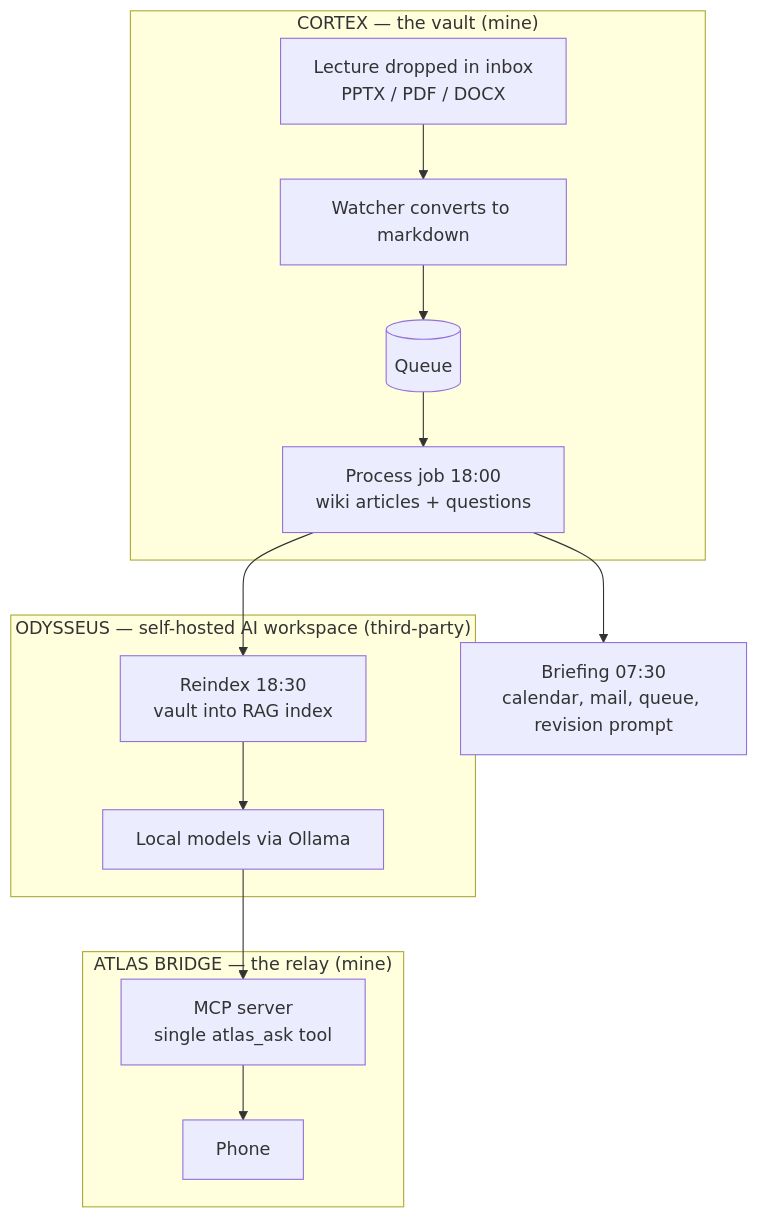
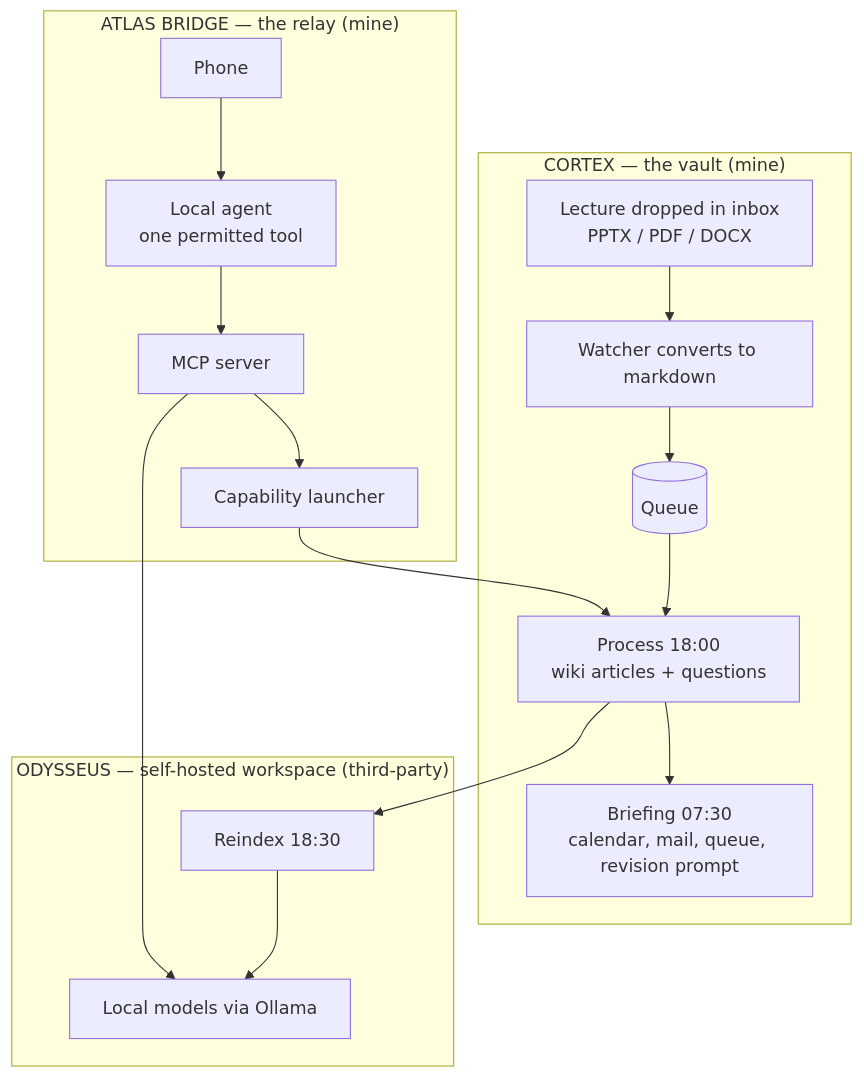
One commit to lwilde2004-dot/project-atlas changed the diagram in README.md. Above: the diagram before and after it, drawn with Mermaid. The commit also changed other lines of this file and 16 other files, not shown here.

Commit message:
Add Atlas Bridge source, tests and agent policy; expand architecture write-up

````diff
--- a/README.md
+++ b/README.md
@@ -15,17 +19,19 @@
 ```mermaid
 flowchart TB
     subgraph C["CORTEX — the vault (mine)"]
         A[Lecture dropped in inbox<br/>PPTX / PDF / DOCX] --> B[Watcher converts to markdown]
         B --> Q[(Queue)]
-        Q --> P[Process job 18:00<br/>wiki articles + questions]
+        Q --> P[Process 18:00<br/>wiki articles + questions]
+        P --> BRF[Briefing 07:30<br/>calendar, mail, queue, revision prompt]
     end
-    subgraph O["ODYSSEUS — self-hosted AI workspace (third-party)"]
-        P --> R[Reindex 18:30<br/>vault into RAG index]
+    subgraph O["ODYSSEUS — self-hosted workspace (third-party)"]
+        P --> R[Reindex 18:30]
         R --> LM[Local models via Ollama]
     end
     subgraph BR["ATLAS BRIDGE — the relay (mine)"]
-        LM --> MCP[MCP server<br/>single atlas_ask tool]
-        MCP --> TG[Phone]
+        MCP[MCP server] --> LM
+        MCP --> CAP[Capability launcher]
+        CAP --> P
+        PH[Phone] --> AG[Local agent<br/>one permitted tool] --> MCP
     end
-    P --> BRF[Briefing 07:30<br/>calendar, mail, queue, revision prompt]
 ```
````
